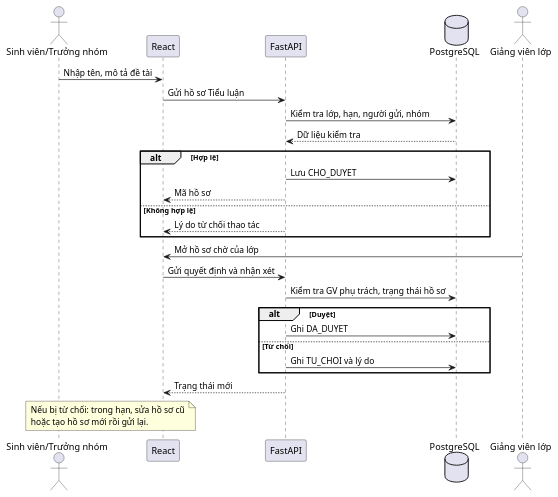
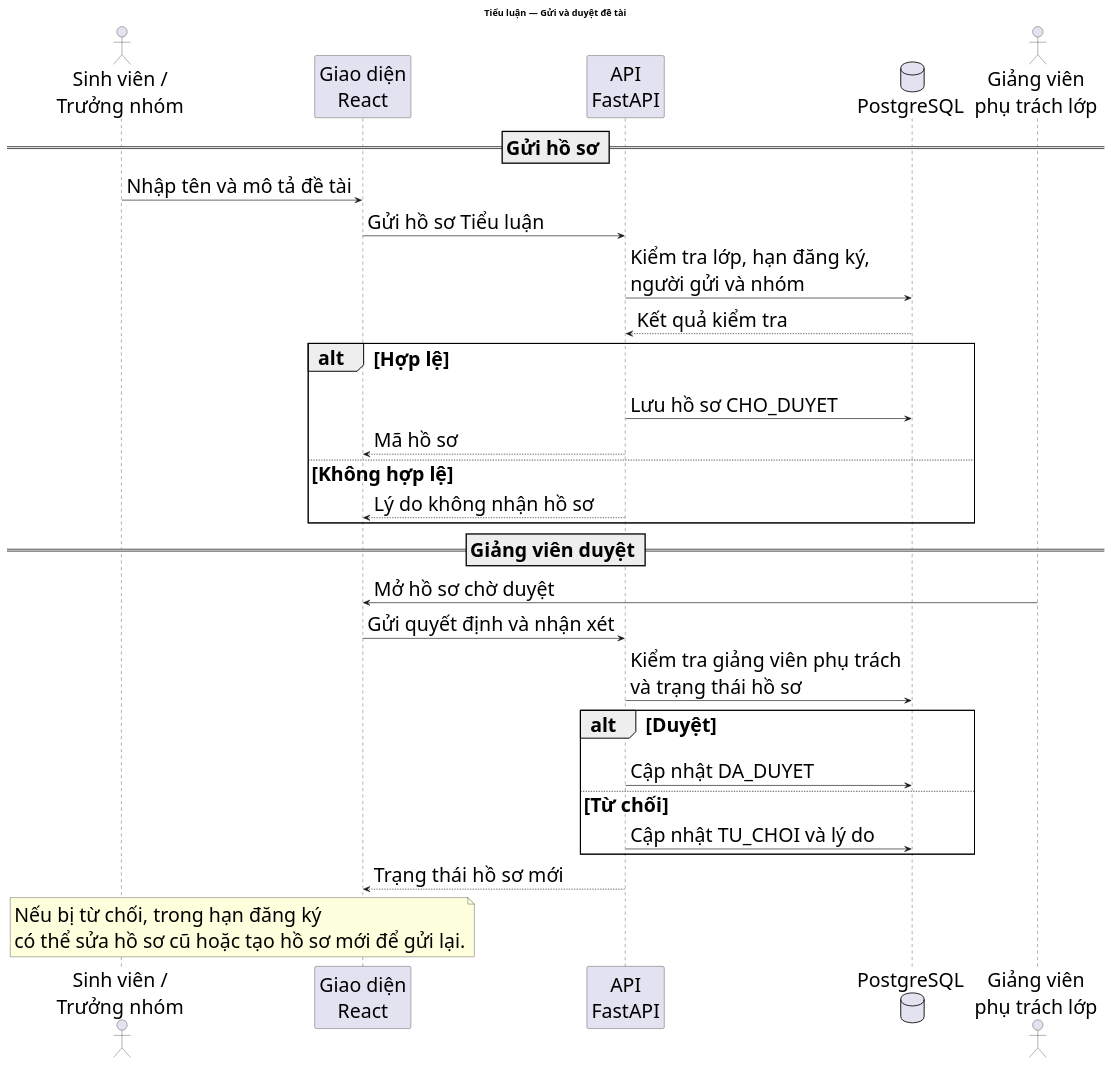
One commit to lam-vu6868/HTQL_TieuLuan_DoAN changed the third of 6 diagrams in Docs/02-so-do-uml.md. Above: the diagram before and after it, drawn with PlantUML. The commit also changed other lines of this file and 45 other files, not shown here.

````diff
--- a/Docs/02-so-do-uml.md
+++ b/Docs/02-so-do-uml.md
@@ -118,29 +114,38 @@
 ```plantuml
 @startuml
-actor "Sinh viên/Trưởng nhóm" as SV
-participant "React" as FE
-participant "FastAPI" as API
+title Tiểu luận — Gửi và duyệt đề tài
+skinparam defaultFontSize 30
+actor "Sinh viên /\nTrưởng nhóm" as SV
+participant "Giao diện\nReact" as FE
+participant "API\nFastAPI" as API
 database "PostgreSQL" as DB
-actor "Giảng viên lớp" as GV
-SV -> FE: Nhập tên, mô tả đề tài
+actor "Giảng viên\nphụ trách lớp" as GV
+
+== Gửi hồ sơ ==
+SV -> FE: Nhập tên và mô tả đề tài
 FE -> API: Gửi hồ sơ Tiểu luận
-API -> DB: Kiểm tra lớp, hạn, người gửi, nhóm
-DB --> API: Dữ liệu kiểm tra
+API -> DB: Kiểm tra lớp, hạn đăng ký,\nngười gửi và nhóm
+DB --> API: Kết quả kiểm tra
 alt Hợp lệ
-  API -> DB: Lưu CHO_DUYET
+  API -> DB: Lưu hồ sơ CHO_DUYET
   API --> FE: Mã hồ sơ
 else Không hợp lệ
-  API --> FE: Lý do từ chối thao tác
+  API --> FE: Lý do không nhận hồ sơ
 end
-GV -> FE: Mở hồ sơ chờ của lớp
+
+== Giảng viên duyệt ==
+GV -> FE: Mở hồ sơ chờ duyệt
 FE -> API: Gửi quyết định và nhận xét
-API -> DB: Kiểm tra GV phụ trách, trạng thái hồ sơ
+API -> DB: Kiểm tra giảng viên phụ trách\nvà trạng thái hồ sơ
 alt Duyệt
-  API -> DB: Ghi DA_DUYET
+  API -> DB: Cập nhật DA_DUYET
 else Từ chối
-  API -> DB: Ghi TU_CHOI và lý do
+  API -> DB: Cập nhật TU_CHOI và lý do
 end
-API --> FE: Trạng thái mới
-note over SV,FE: Nếu bị từ chối: trong hạn, sửa hồ sơ cũ\nhoặc tạo hồ sơ mới rồi gửi lại.
+API --> FE: Trạng thái hồ sơ mới
+note over SV,FE
+  Nếu bị từ chối, trong hạn đăng ký
+  có thể sửa hồ sơ cũ hoặc tạo hồ sơ mới để gửi lại.
+end note
 @enduml
 ```
````
